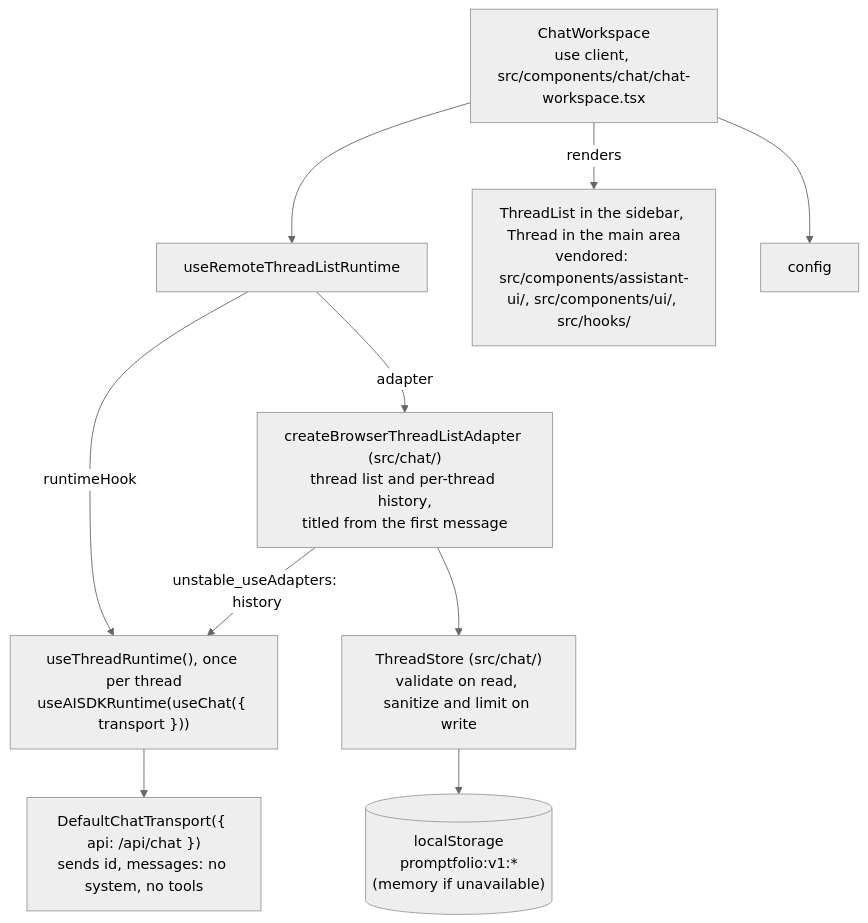
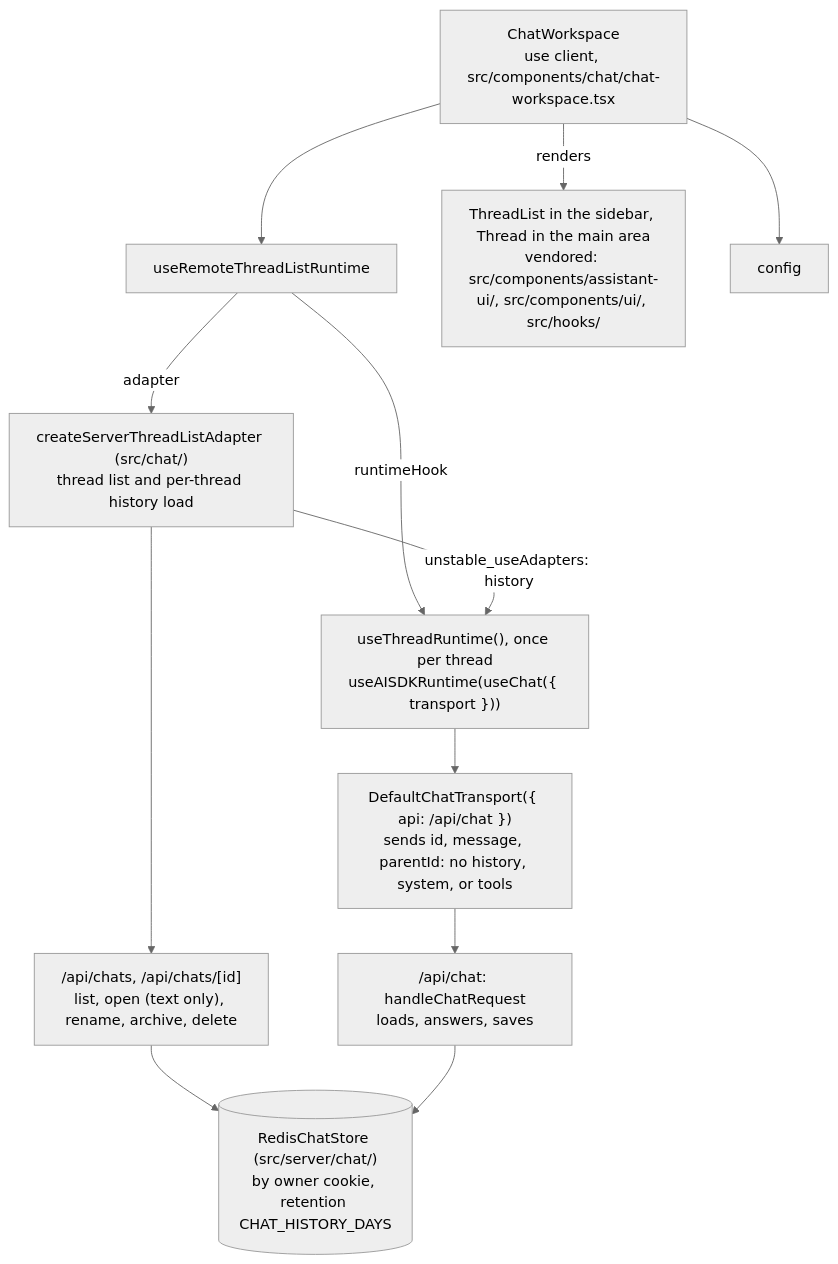
The fifth of 7 diagrams in docs/ARCHITECTURE.md (promptfolios/promptfolio), drawn with Mermaid (neutral theme) before and after one commit. The commit also changed other lines of this file and 33 other files, not shown here.

````diff
--- a/docs/ARCHITECTURE.md
+++ b/docs/ARCHITECTURE.md
@@ -270,20 +270,21 @@
 ```mermaid
 flowchart TD
     ws["ChatWorkspace<br/>use client, src/components/chat/chat-workspace.tsx"]
     list["useRemoteThreadListRuntime"]
-    adapter["createBrowserThreadListAdapter (src/chat/)<br/>thread list and per-thread history,<br/>titled from the first message"]
-    store["ThreadStore (src/chat/)<br/>validate on read, sanitize and limit on write"]
-    ls[("localStorage<br/>promptfolio:v1:*<br/>(memory if unavailable)")]
+    adapter["createServerThreadListAdapter (src/chat/)<br/>thread list and per-thread history load"]
+    routes["/api/chats, /api/chats/[id]<br/>list, open (text only), rename, archive, delete"]
+    store[("RedisChatStore (src/server/chat/)<br/>by owner cookie, retention CHAT_HISTORY_DAYS")]
     thread["useThreadRuntime(), once per thread<br/>useAISDKRuntime(useChat({ transport }))"]
-    transport["DefaultChatTransport({ api: /api/chat })<br/>sends id, messages: no system, no tools"]
+    transport["DefaultChatTransport({ api: /api/chat })<br/>sends id, message, parentId: no history, system, or tools"]
+    chat["/api/chat: handleChatRequest<br/>loads, answers, saves"]
     ui["ThreadList in the sidebar, Thread in the main area<br/>vendored: src/components/assistant-ui/, src/components/ui/, src/hooks/"]
 
     ws --> list
     list -- adapter --> adapter
     list -- runtimeHook --> thread
     adapter -- "unstable_useAdapters: history" --> thread
-    adapter --> store --> ls
-    thread --> transport
+    adapter --> routes --> store
+    thread --> transport --> chat --> store
     ws --> config
     ws -- renders --> ui
 ```
````
